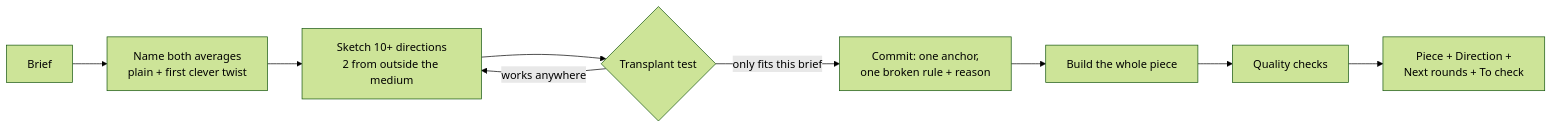
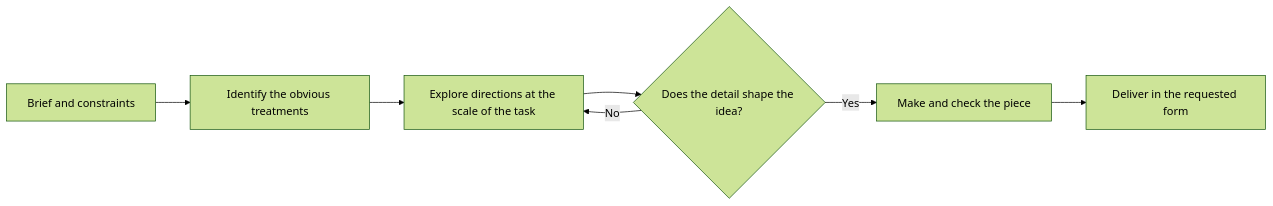
The diagram in README.md (D3Br4nd/Directing-Creative-Work), drawn with Mermaid (forest theme) before and after one commit. The commit also changed other lines of this file and 6 other files, not shown here.

````diff
--- a/README.md
+++ b/README.md
@@ -142,11 +120,9 @@
 ```mermaid
 flowchart LR
-    A[Brief] --> B[Name both averages<br/>plain + first clever twist]
-    B --> C[Sketch 10+ directions<br/>2 from outside the medium]
-    C --> D{Transplant test}
-    D -- works anywhere --> C
-    D -- only fits this brief --> E[Commit: one anchor,<br/>one broken rule + reason]
-    E --> F[Build the whole piece]
-    F --> G[Quality checks]
-    G --> H[Piece + Direction +<br/>Next rounds + To check]
+    A[Brief and constraints] --> B[Identify the obvious treatments]
+    B --> C[Explore directions at the scale of the task]
+    C --> D{Does the detail shape the idea?}
+    D -- No --> C
+    D -- Yes --> E[Make and check the piece]
+    E --> F[Deliver in the requested form]
 ```
````
